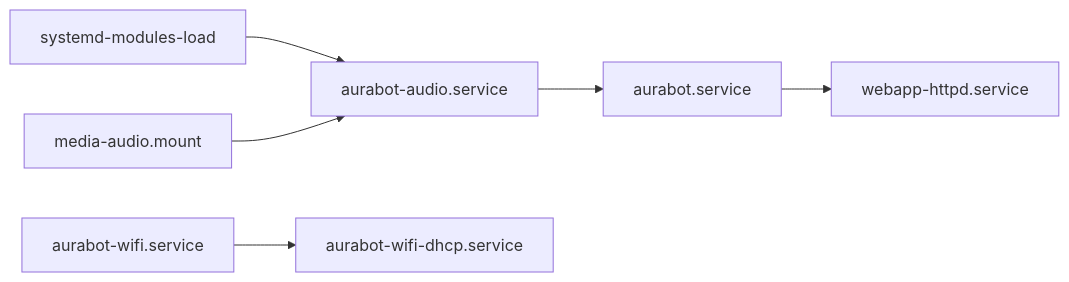
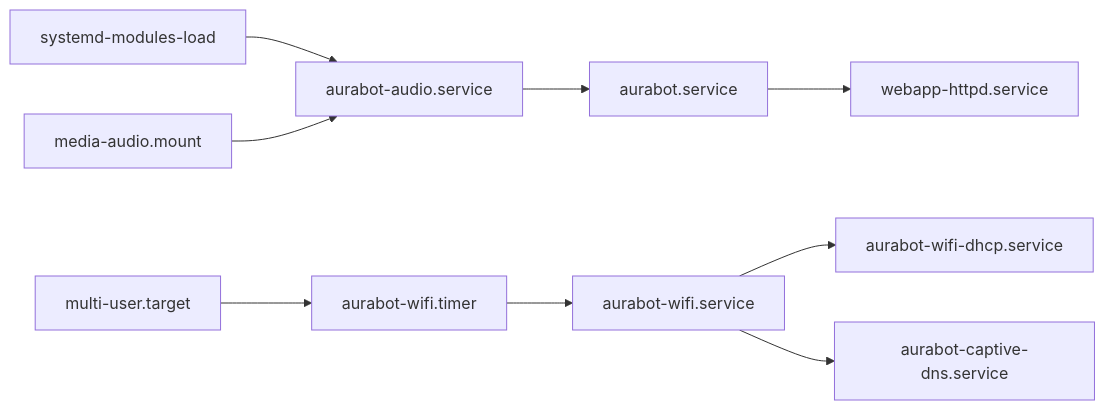
One commit to ProyectosCE/CE1113_P1 changed the diagram in docs/development/systemd-services.md. Above: the diagram before and after it, drawn with Mermaid. The commit also changed other lines of this file and 30 other files, not shown here.

````diff
--- a/docs/development/systemd-services.md
+++ b/docs/development/systemd-services.md
@@ -7,8 +7,11 @@
 ```mermaid
 flowchart LR
     MOD[systemd-modules-load] --> AUDIO[aurabot-audio.service]
     MOUNT[media-audio.mount] --> AUDIO
     AUDIO --> ROBOT[aurabot.service]
     ROBOT --> WEB[webapp-httpd.service]
-    WPA[aurabot-wifi.service] --> DHCP[aurabot-wifi-dhcp.service]
+    BOOT[multi-user.target] --> TIMER[aurabot-wifi.timer]
+    TIMER --> AP[aurabot-wifi.service]
+    AP --> DHCP[aurabot-wifi-dhcp.service]
+    AP --> DNS[aurabot-captive-dns.service]
 ```
````
